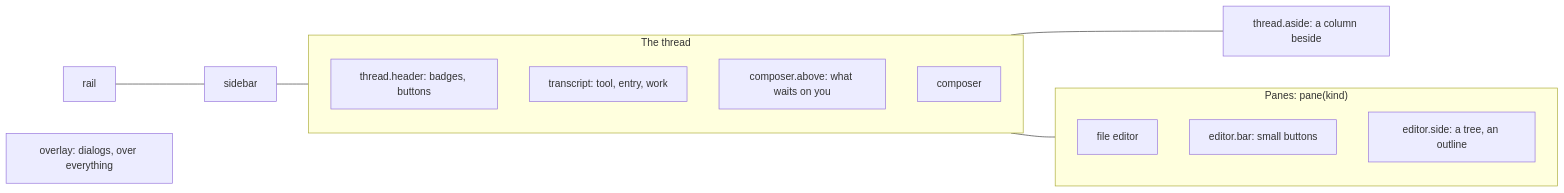
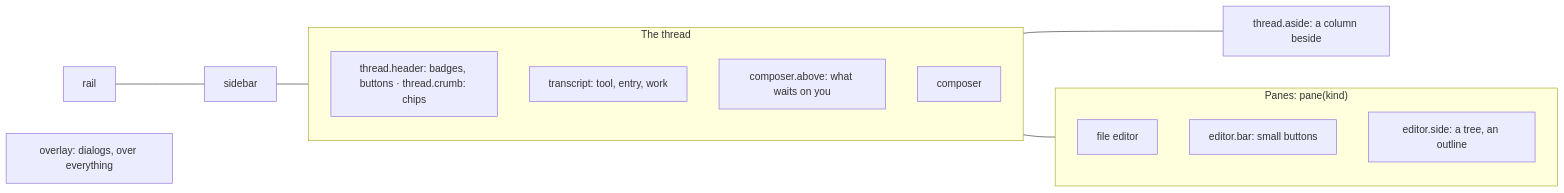
Before and after one commit to githubnext/superego: the diagram in docs/writing-extensions/places.mmd, drawn with Mermaid. The commit also changed 7 other files, not shown here.

```diff
--- a/docs/writing-extensions/places.mmd
+++ b/docs/writing-extensions/places.mmd
@@ -1,17 +1,17 @@
 flowchart LR
   rail["rail"] --- sidebar["sidebar"]
   sidebar --- thread
   subgraph thread["The thread"]
-    header["thread.header: badges, buttons"]
+    header["thread.header: badges, buttons · thread.crumb: chips"]
     transcript["transcript: tool, entry, work"]
     above["composer.above: what waits on you"]
     composer["composer"]
   end
   thread --- aside["thread.aside: a column beside"]
   thread --- panes
   subgraph panes["Panes: pane(kind)"]
     editor["file editor"]
     bar["editor.bar: small buttons"]
     side["editor.side: a tree, an outline"]
   end
   overlay["overlay: dialogs, over everything"]
```
